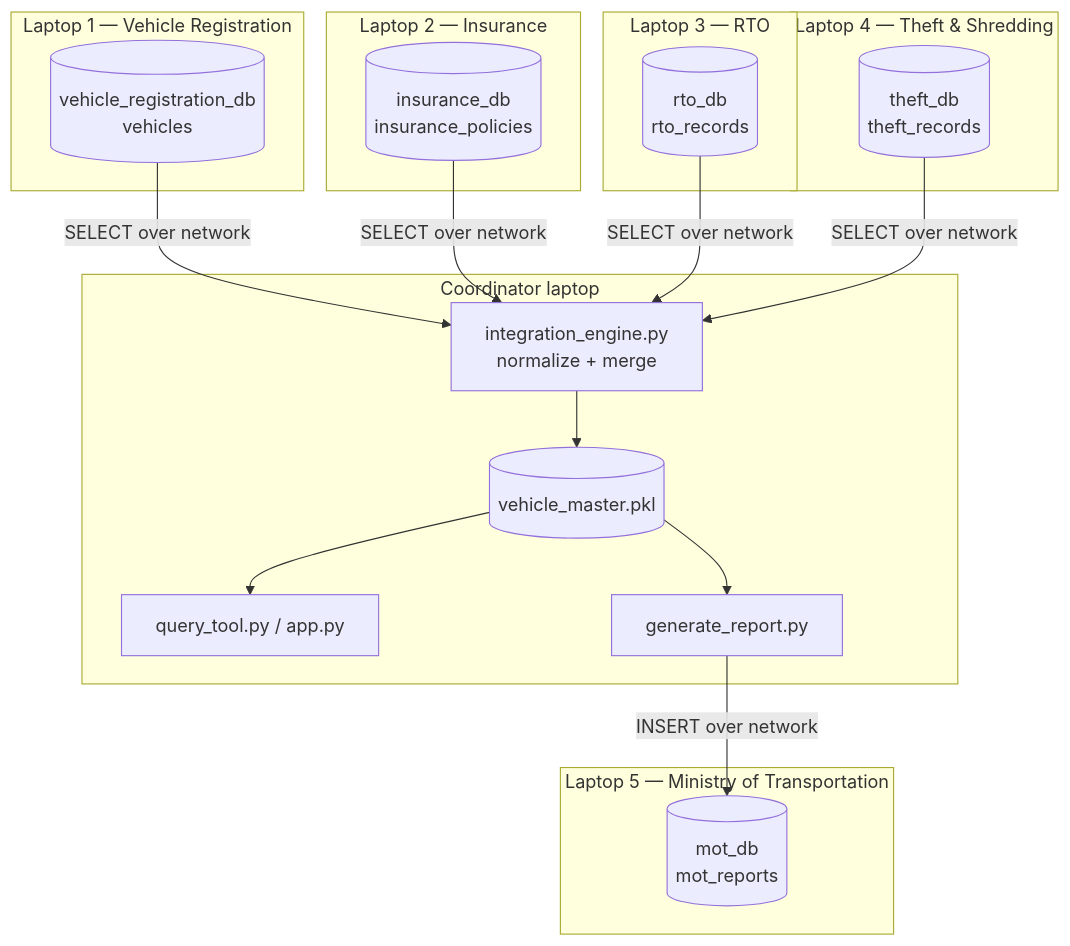
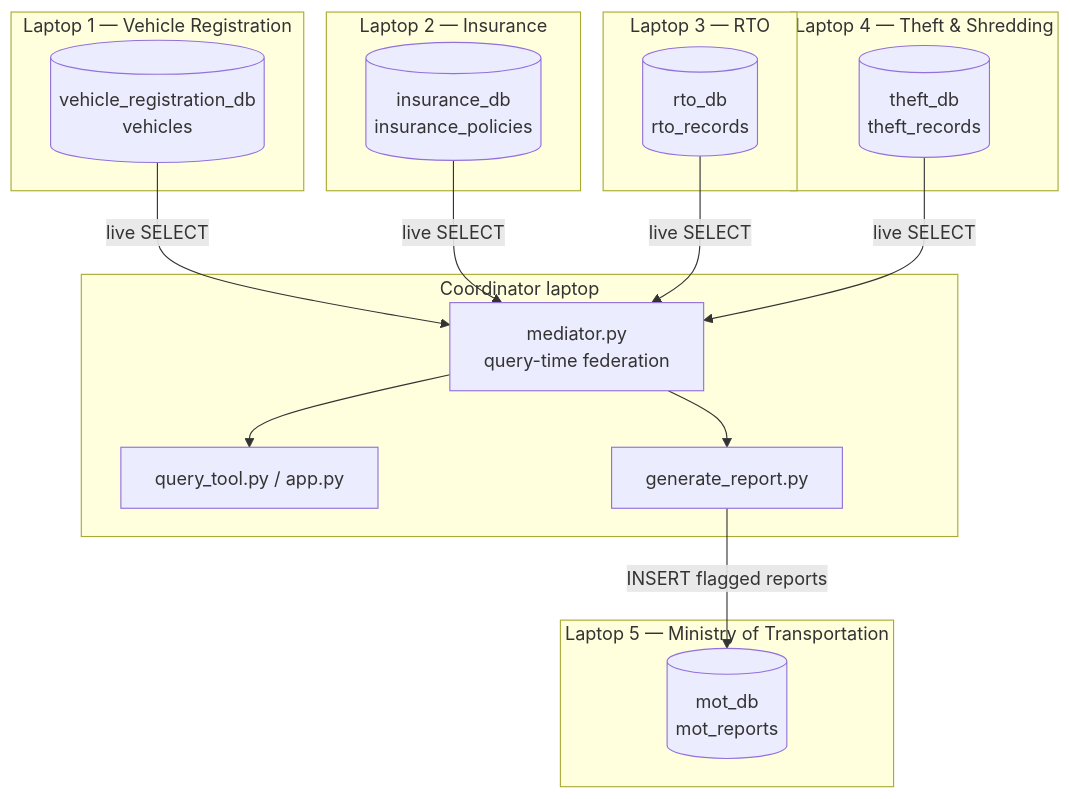
One commit to SrvstvRajat/Uninsured-Vehicle-Identification-System changed the diagram in README.md. Above: the diagram before and after it, drawn with Mermaid. The commit also changed other lines of this file, not shown here.

````diff
--- a/README.md
+++ b/README.md
@@ -62,33 +70,36 @@
 ```mermaid
 flowchart TB
     subgraph L1["Laptop 1 — Vehicle Registration"]
         DB1[(vehicle_registration_db<br/>vehicles)]
     end
+
     subgraph L2["Laptop 2 — Insurance"]
         DB2[(insurance_db<br/>insurance_policies)]
     end
+
     subgraph L3["Laptop 3 — RTO"]
         DB3[(rto_db<br/>rto_records)]
     end
+
     subgraph L4["Laptop 4 — Theft & Shredding"]
         DB4[(theft_db<br/>theft_records)]
     end
+
     subgraph L5["Laptop 5 — Ministry of Transportation"]
         DB5[(mot_db<br/>mot_reports)]
     end
 
     subgraph C["Coordinator laptop"]
-        IE[integration_engine.py<br/>normalize + merge]
-        MASTER[(vehicle_master.pkl)]
+        M[mediator.py<br/>query-time federation]
         QT[query_tool.py / app.py]
         GR[generate_report.py]
-        IE --> MASTER --> QT
-        MASTER --> GR
+        M --> QT
+        M --> GR
     end
 
-    DB1 -- SELECT over network --> IE
-    DB2 -- SELECT over network --> IE
-    DB3 -- SELECT over network --> IE
-    DB4 -- SELECT over network --> IE
-    GR -- INSERT over network --> DB5
+    DB1 -- live SELECT --> M
+    DB2 -- live SELECT --> M
+    DB3 -- live SELECT --> M
+    DB4 -- live SELECT --> M
+    GR -- INSERT flagged reports --> DB5
 ```
````
